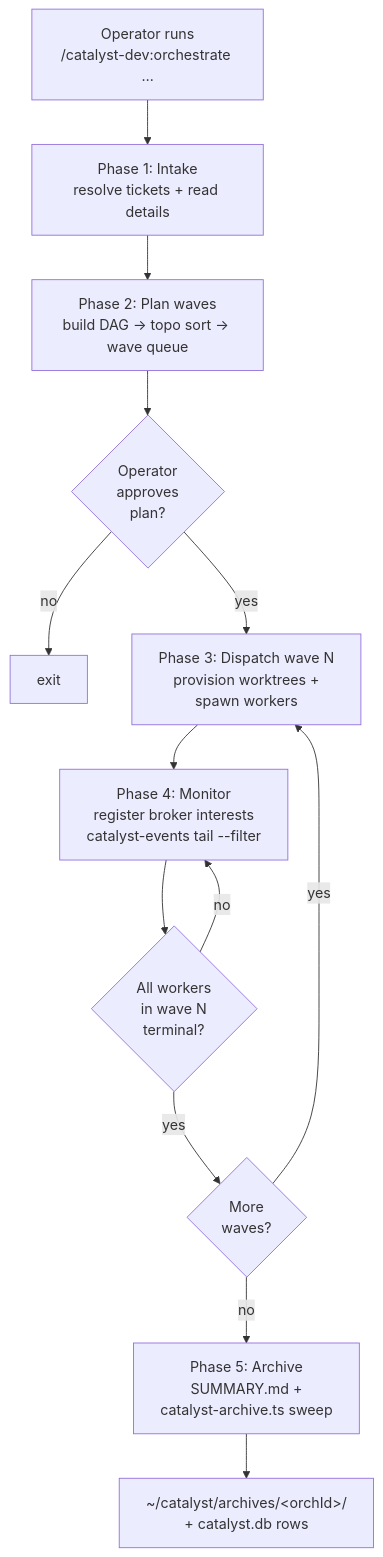
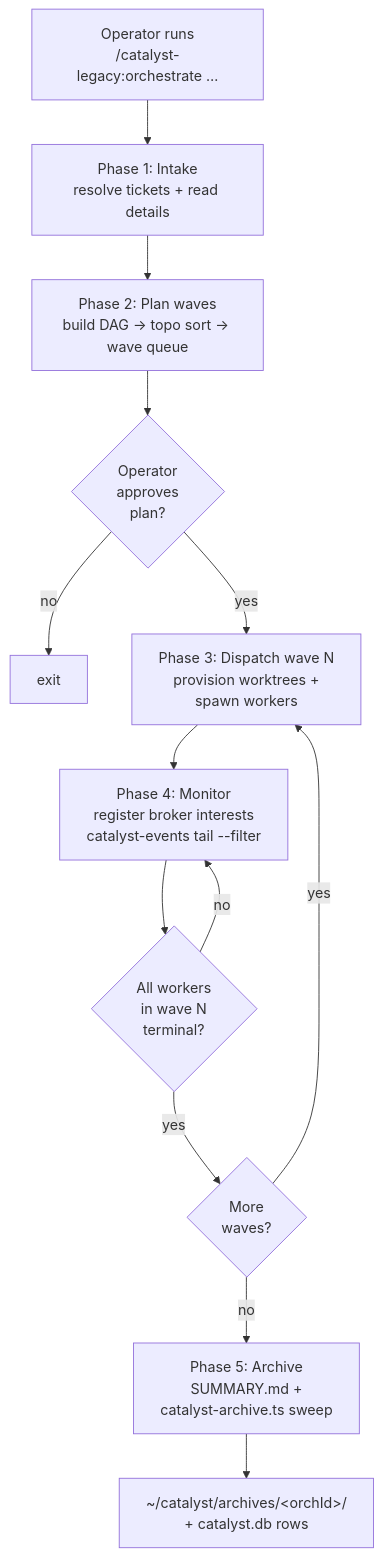
Before and after one commit to coalesce-labs/catalyst: the first of 4 diagrams in docs/orchestrator-overview.md, drawn with Mermaid. The commit also changed other lines of this file and 4 other files, not shown here.

First line of the commit message:
feat(dev)!: Phase 4 - version bumps, README updates, docs repair (CTL-726)

````diff
--- a/docs/orchestrator-overview.md
+++ b/docs/orchestrator-overview.md
@@ -52,15 +56,15 @@
 ```mermaid
 flowchart TD
-  A[Operator runs<br/>/catalyst-dev:orchestrate …] --> B[Phase 1: Intake<br/>resolve tickets + read details]
+  A[Operator runs<br/>/catalyst-legacy:orchestrate …] --> B[Phase 1: Intake<br/>resolve tickets + read details]
   B --> C[Phase 2: Plan waves<br/>build DAG → topo sort → wave queue]
   C --> D{Operator<br/>approves<br/>plan?}
   D -- no --> Z[exit]
   D -- yes --> E[Phase 3: Dispatch wave N<br/>provision worktrees +<br/>spawn workers]
   E --> F[Phase 4: Monitor<br/>register broker interests<br/>catalyst-events tail --filter]
   F --> G{All workers<br/>in wave N<br/>terminal?}
   G -- no --> F
   G -- yes --> H{More<br/>waves?}
   H -- yes --> E
   H -- no --> I[Phase 5: Archive<br/>SUMMARY.md +<br/>catalyst-archive.ts sweep]
   I --> J[~/catalyst/archives/&lt;orchId&gt;/<br/>+ catalyst.db rows]
 ```
````
